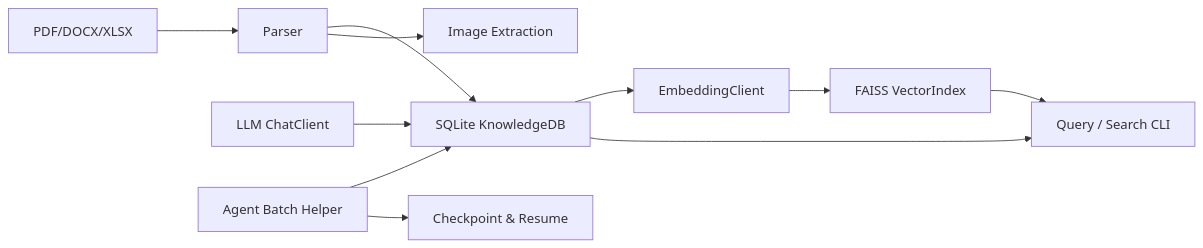
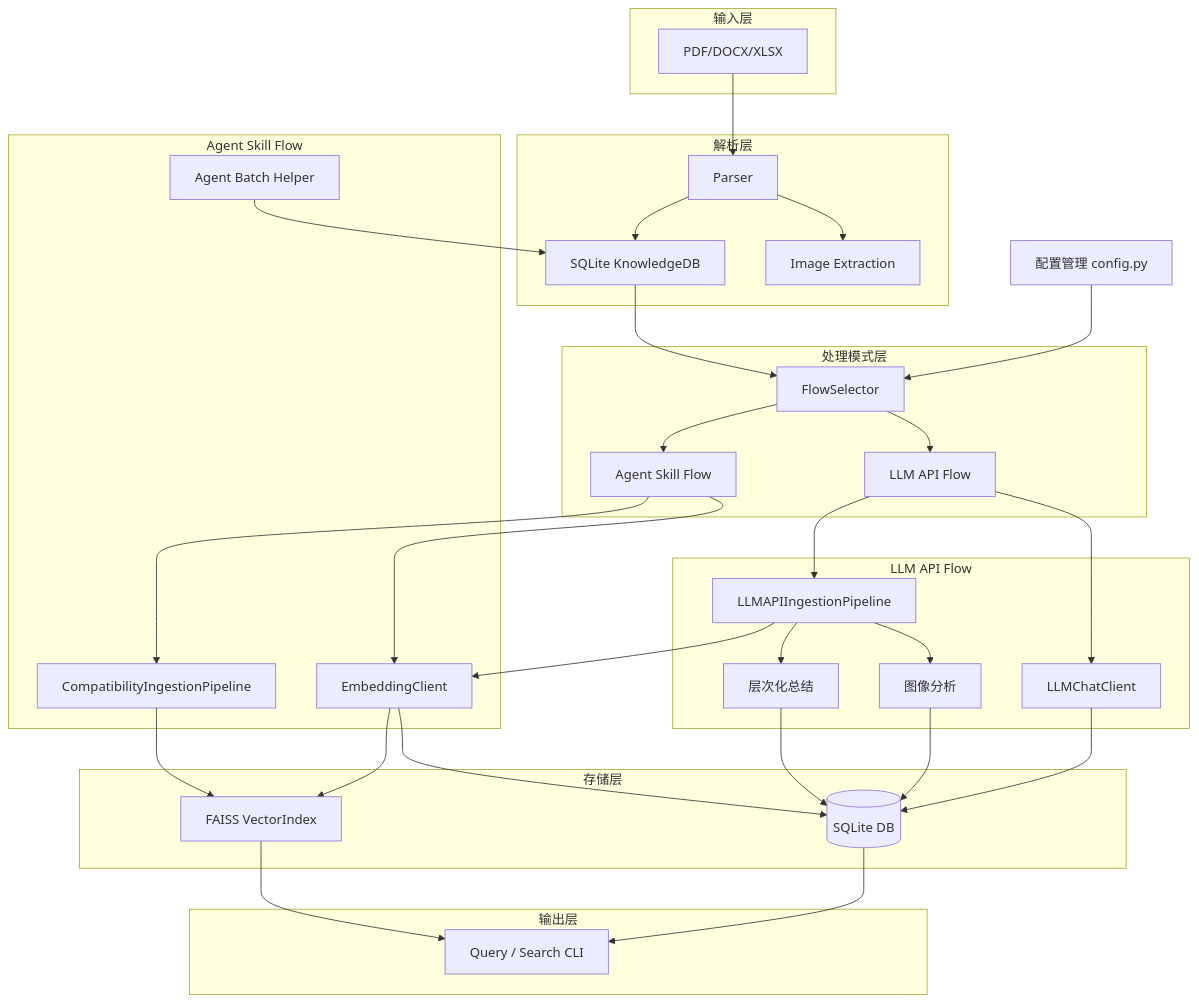
One commit to sjj-star/work-docs-library changed the diagram in README.md. Above: the diagram before and after it, drawn with Mermaid. The commit also changed other lines of this file and 1 other file, not shown here.

````diff
--- a/README.md
+++ b/README.md
@@ -34,13 +36,71 @@
 ```mermaid
-flowchart LR
-    A[PDF/DOCX/XLSX] --> B[Parser]
-    B --> C[SQLite KnowledgeDB]
-    B --> D[Image Extraction]
-    C --> E[EmbeddingClient]
-    E --> F[FAISS VectorIndex]
-    G[LLM ChatClient] --> C
-    H[Agent Batch Helper] --> C
-    H --> I[Checkpoint & Resume]
-    C --> J[Query / Search CLI]
-    F --> J
+flowchart TB
+    Config[配置管理 config.py]
+    
+    subgraph 输入层
+        A[PDF/DOCX/XLSX]
+    end
+    
+    subgraph 解析层
+        Parser[Parser]
+        B[SQLite KnowledgeDB]
+        C[Image Extraction]
+    end
+    
+    subgraph 处理模式层
+        FS[FlowSelector]
+        LLMFlow[LLM API Flow]
+        AgentFlow[Agent Skill Flow]
+    end
+    
+    subgraph LLM API Flow
+        LLMClient[LLMChatClient]
+        LLMPipe[LLMAPIIngestionPipeline]
+        Vision[图像分析]
+        HSummary[层次化总结]
+    end
+    
+    subgraph Agent Skill Flow
+        EmbedClient[EmbeddingClient]
+        CompatPipe[CompatibilityIngestionPipeline]
+        BatchHelper[Agent Batch Helper]
+    end
+    
+    subgraph 存储层
+        FAISS[FAISS VectorIndex]
+        DB[(SQLite DB)]
+    end
+    
+    subgraph 输出层
+        Query[Query / Search CLI]
+    end
+    
+    Config --> FS
+    A --> Parser
+    Parser --> B
+    Parser --> C
+    B --> FS
+    
+    FS --> LLMFlow
+    FS --> AgentFlow
+    
+    LLMFlow --> LLMClient
+    LLMFlow --> LLMPipe
+    LLMPipe --> Vision
+    LLMPipe --> HSummary
+    LLMPipe --> EmbedClient
+    
+    AgentFlow --> EmbedClient
+    AgentFlow --> CompatPipe
+    BatchHelper --> B
+    
+    LLMClient --> DB
+    Vision --> DB
+    HSummary --> DB
+    EmbedClient --> FAISS
+    CompatPipe --> FAISS
+    EmbedClient --> DB
+    
+    DB --> Query
+    FAISS --> Query
 ```
````
